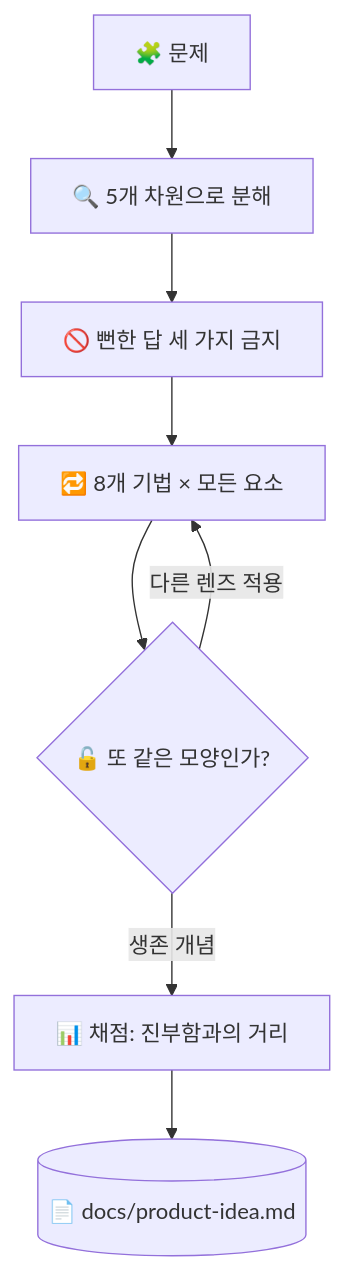
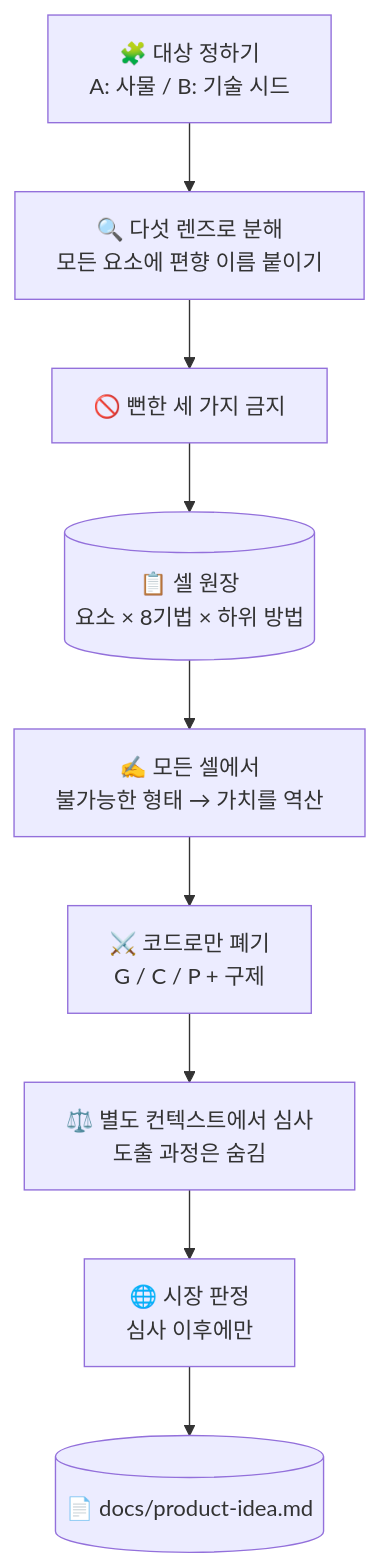
Before and after one commit to takaoumehara/superforge-skill: the diagram in skills/superforge-brain/README.ko.md, drawn with Mermaid. The commit also changed other lines of this file and 71 other files, not shown here.

````diff
--- a/skills/superforge-brain/README.ko.md
+++ b/skills/superforge-brain/README.ko.md
@@ -23,10 +27,11 @@
 ```mermaid
 flowchart TD
-    P[🧩 문제] --> A[🔍 5개 차원으로 분해]
-    A --> B[🚫 뻔한 답 세 가지 금지]
-    B --> C[🔁 8개 기법 × 모든 요소]
-    C --> E{🔓 또 같은 모양인가?}
-    E -->|다른 렌즈 적용| C
-    E -->|생존 개념| F[📊 채점: 진부함과의 거리]
-    F --> G[(📄 docs/product-idea.md)]
+    A[🧩 대상 정하기<br/>A: 사물 / B: 기술 시드] --> B[🔍 다섯 렌즈로 분해<br/>모든 요소에 편향 이름 붙이기]
+    B --> C[🚫 뻔한 세 가지 금지]
+    C --> D[(📋 셀 원장<br/>요소 × 8기법 × 하위 방법)]
+    D --> E[✍️ 모든 셀에서<br/>불가능한 형태 → 가치를 역산]
+    E --> F[⚔️ 코드로만 폐기<br/>G / C / P + 구제]
+    F --> G[⚖️ 별도 컨텍스트에서 심사<br/>도출 과정은 숨김]
+    G --> H[🌐 시장 판정<br/>심사 이후에만]
+    H --> I[(📄 docs/product-idea.md)]
 ```
````
